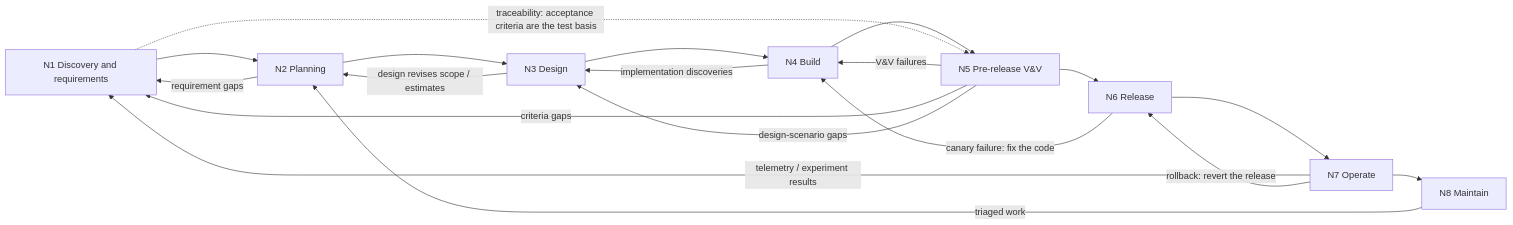
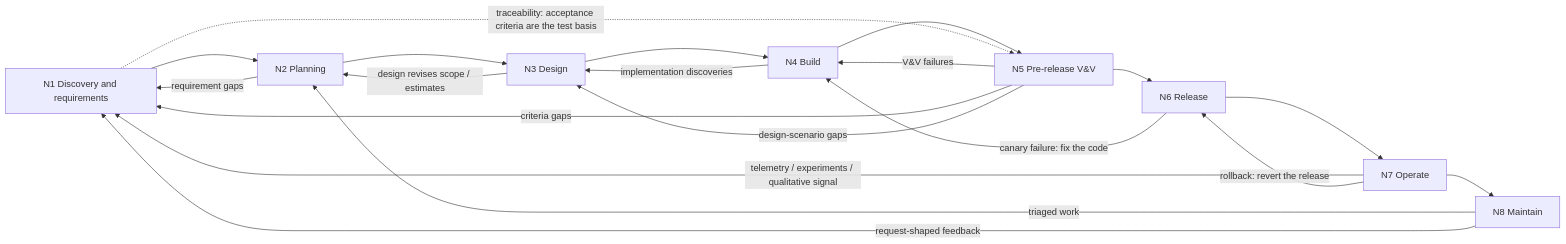
Before and after one commit to kashman001/ai-workspace-template: the diagram in work/sdlc-ai-mapping/sdlc-map.md, drawn with Mermaid. The commit also changed other lines of this file, not shown here.

````diff
--- a/work/sdlc-ai-mapping/sdlc-map.md
+++ b/work/sdlc-ai-mapping/sdlc-map.md
@@ -80,23 +86,24 @@
 ```mermaid
 flowchart LR
     N1["N1 Discovery and requirements"] --> N2["N2 Planning"]
     N2 --> N3["N3 Design"]
     N3 --> N4["N4 Build"]
     N4 --> N5["N5 Pre-release V&V"]
     N5 --> N6["N6 Release"]
     N6 --> N7["N7 Operate"]
     N7 --> N8["N8 Maintain"]
 
-    N7 -- "telemetry / experiment results" --> N1
+    N7 -- "telemetry / experiments / qualitative signal" --> N1
     N8 -- "triaged work" --> N2
+    N8 -- "request-shaped feedback" --> N1
     N5 -- "V&V failures" --> N4
     N5 -- "criteria gaps" --> N1
     N5 -- "design-scenario gaps" --> N3
     N6 -- "canary failure: fix the code" --> N4
     N7 -- "rollback: revert the release" --> N6
     N4 -- "implementation discoveries" --> N3
     N3 -- "design revises scope / estimates" --> N2
     N2 -- "requirement gaps" --> N1
 
     N1 -. "traceability: acceptance criteria are the test basis" .-> N5
 ```
````
